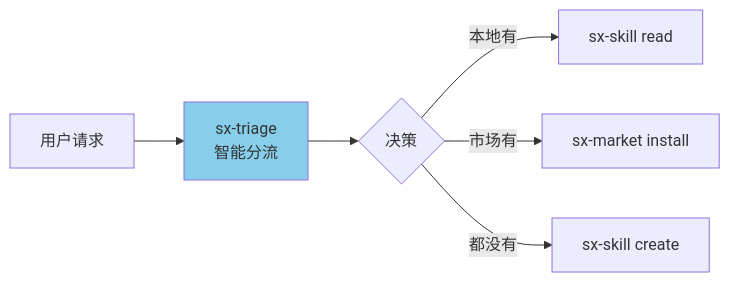
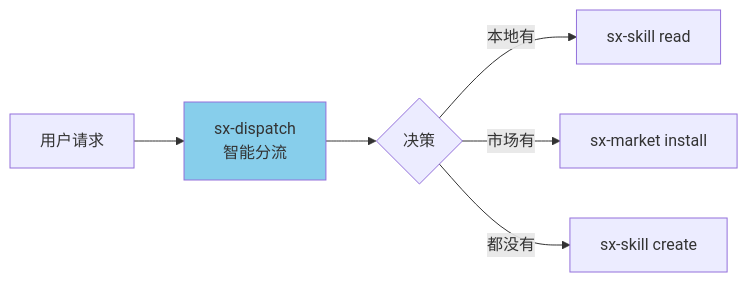
Diagram 26 of 26 in design/02-设计/20260114-10-sx-market设计.md (shetengteng/skillix-mcp), drawn with Mermaid before and after one commit. The commit also changed other lines of this file and 32 other files, not shown here.

````diff
--- a/design/02-设计/20260114-10-sx-market设计.md
+++ b/design/02-设计/20260114-10-sx-market设计.md
@@ -1682,10 +1682,10 @@
 ```mermaid
 flowchart LR
-    A[用户请求] --> B[sx-triage<br/>智能分流]
+    A[用户请求] --> B[sx-dispatch<br/>智能分流]
     B --> C{决策}
     C -->|本地有| D[sx-skill read]
     C -->|市场有| E[sx-market install]
     C -->|都没有| F[sx-skill create]
     
     style B fill:#87CEEB
 ```
````
